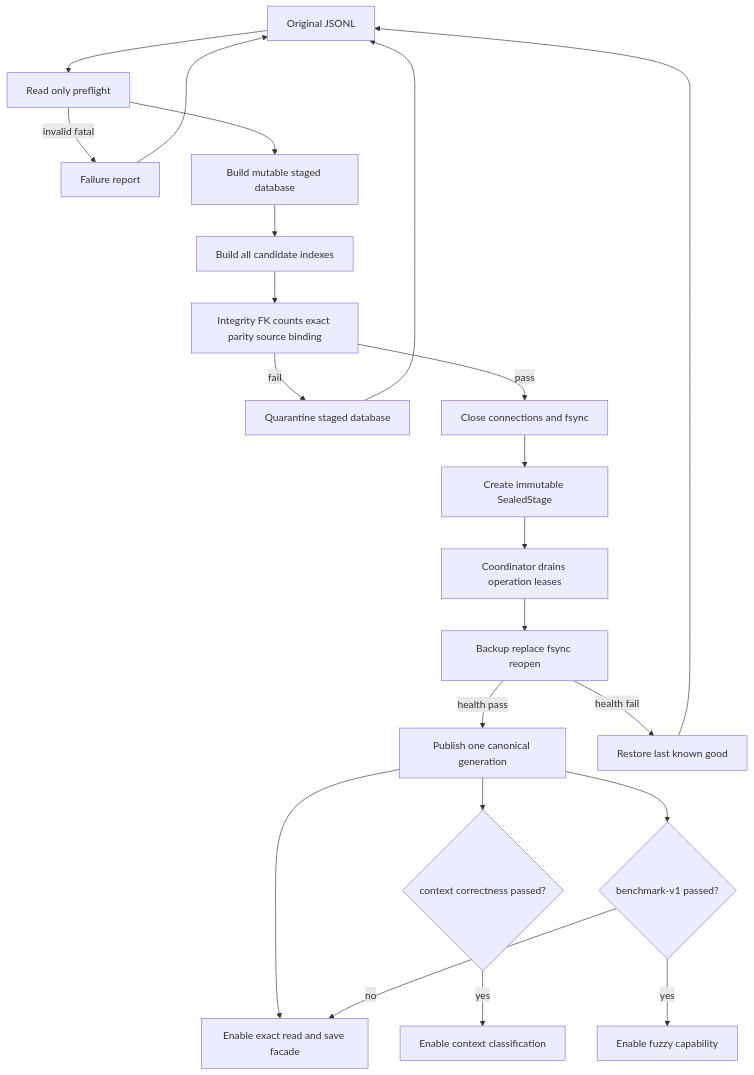
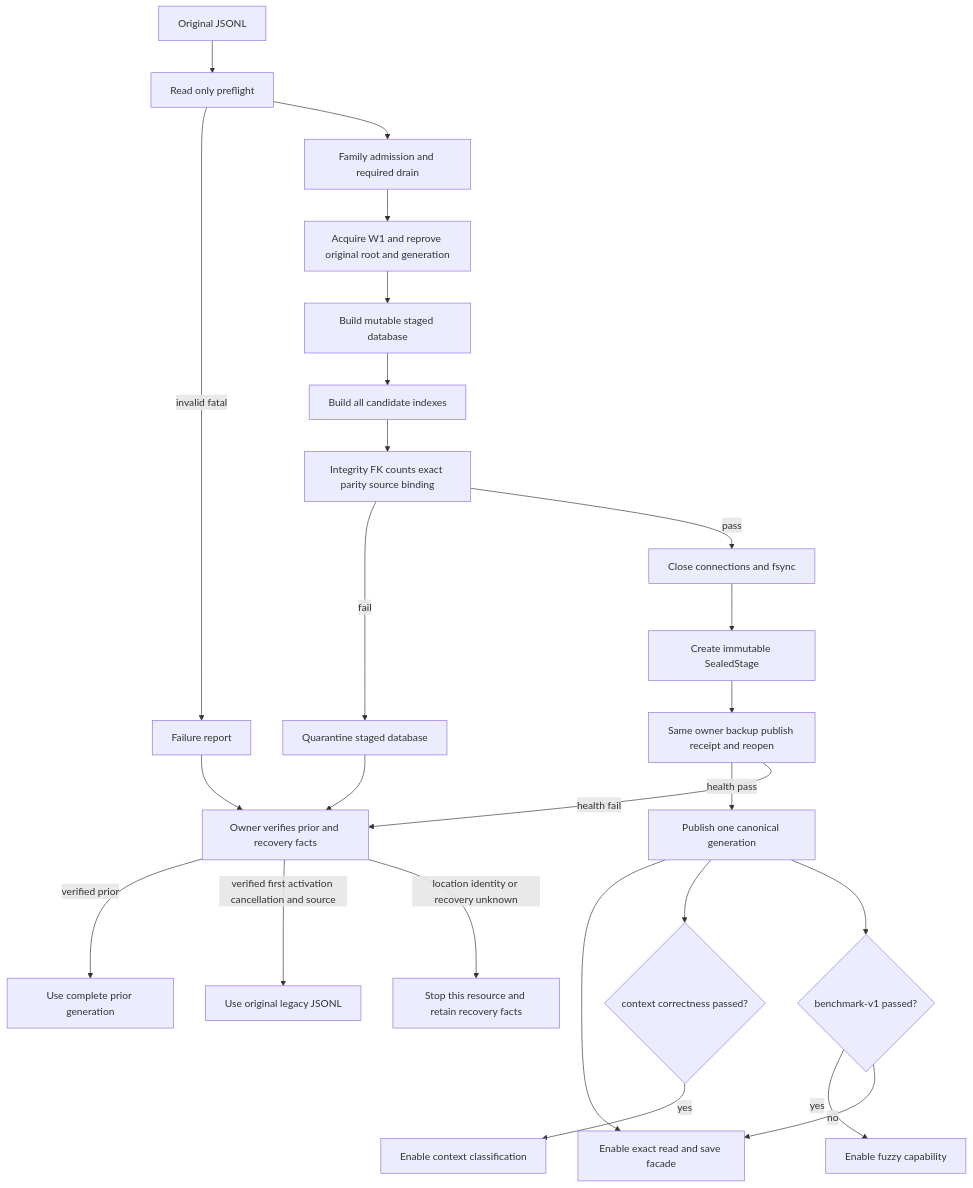
One commit to BeFringe/LocalCAT changed the second of 3 diagrams in .kiro/specs/tm-storage-retrieval-index/design.md. Above: the diagram before and after it, drawn with Mermaid. The commit also changed other lines of this file and 3 other files, not shown here.

````diff
--- a/.kiro/specs/tm-storage-retrieval-index/design.md
+++ b/.kiro/specs/tm-storage-retrieval-index/design.md
@@ -236,24 +262,27 @@
 ```mermaid
 flowchart TD
     Source[Original JSONL] --> Preflight[Read only preflight]
     Preflight -->|invalid fatal| Report[Failure report]
-    Preflight --> Stage[Build mutable staged database]
+    Preflight --> Admission[Family admission and required drain]
+    Admission --> W1[Acquire W1 and reprove original root and generation]
+    W1 --> Stage[Build mutable staged database]
     Stage --> Index[Build all candidate indexes]
     Index --> Validate[Integrity FK counts exact parity source binding]
     Validate -->|fail| Quarantine[Quarantine staged database]
     Validate -->|pass| Close[Close connections and fsync]
     Close --> Seal[Create immutable SealedStage]
-    Seal --> Drain[Coordinator drains operation leases]
-    Drain --> Activate[Backup replace fsync reopen]
+    Seal --> Activate[Same owner backup publish receipt and reopen]
     Activate -->|health pass| Canonical[Publish one canonical generation]
     Canonical --> Exact[Enable exact read and save facade]
     Canonical --> ContextGate{context correctness passed?}
     ContextGate -->|yes| Context[Enable context classification]
     Canonical --> FuzzyGate{benchmark-v1 passed?}
     FuzzyGate -->|yes| Fuzzy[Enable fuzzy capability]
     FuzzyGate -->|no| Exact
-    Activate -->|health fail| Restore[Restore last known good]
-    Report --> Source
-    Quarantine --> Source
-    Restore --> Source
+    Activate -->|health fail| Recover[Owner verifies prior and recovery facts]
+    Report --> Recover
+    Quarantine --> Recover
+    Recover -->|verified prior| Prior[Use complete prior generation]
+    Recover -->|verified first activation cancellation and source| Legacy[Use original legacy JSONL]
+    Recover -->|location identity or recovery unknown| Stop[Stop this resource and retain recovery facts]
 ```
````
